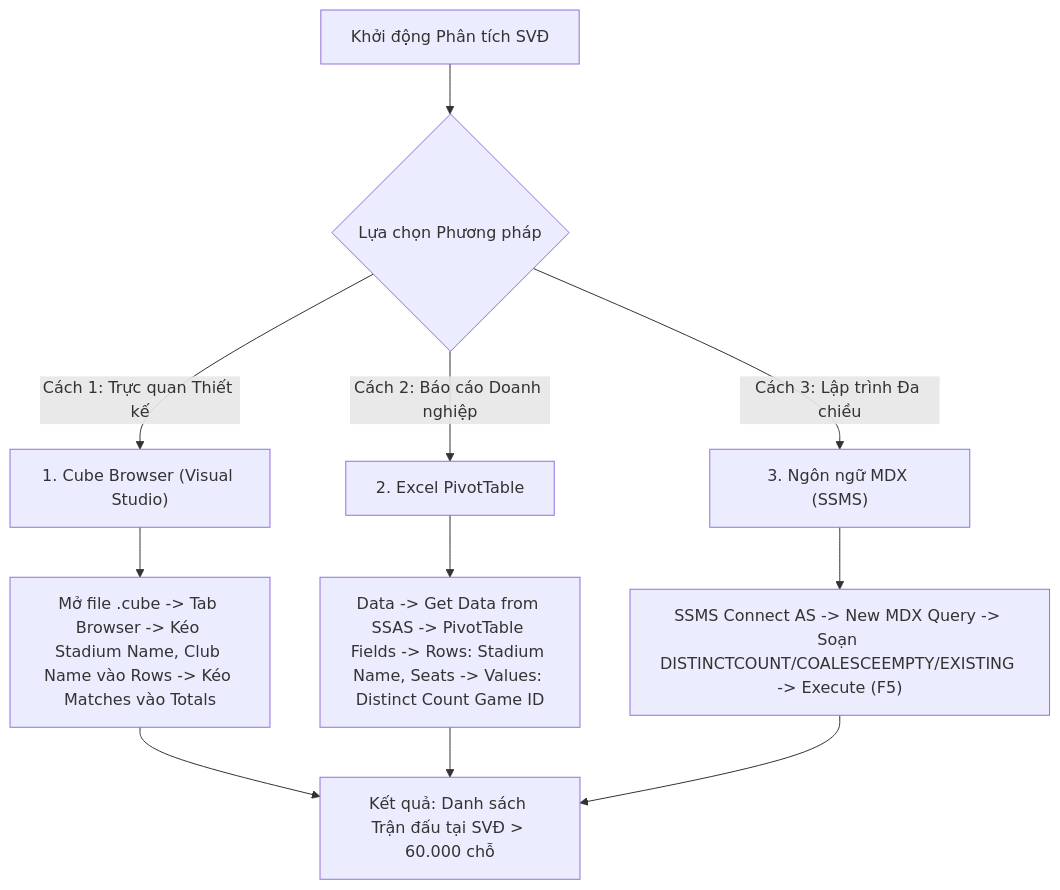
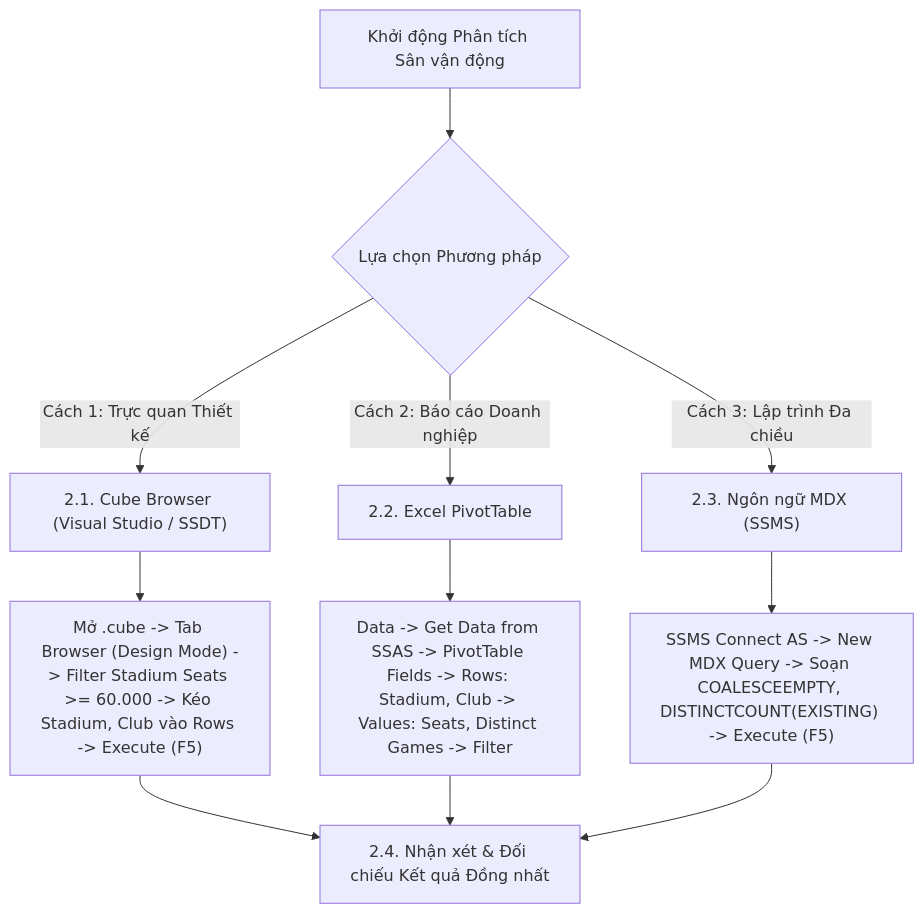
Before and after one commit to snowflake-vibing/Kho_du_lieu_OLAP: the diagram in mdx/query_11.md, drawn with Mermaid. The commit also changed other lines of this file and 9 other files, not shown here.

Commit message:
docs(mdx): dong bo quy trinh 3 phuong phap va bang doi chieu cho query 06 den 15

````diff
--- a/mdx/query_11.md
+++ b/mdx/query_11.md
@@ -35,16 +39,16 @@
 ```mermaid
 flowchart TD
-    Start["Khởi động Phân tích SVĐ"] --> Choice{"Lựa chọn Phương pháp"}
+    Start["Khởi động Phân tích Sân vận động"] --> Choice{"Lựa chọn Phương pháp"}
 
-    Choice -->|"Cách 1: Trực quan Thiết kế"| CB["1. Cube Browser (Visual Studio)"]
-    Choice -->|"Cách 2: Báo cáo Doanh nghiệp"| Excel["2. Excel PivotTable"]
-    Choice -->|"Cách 3: Lập trình Đa chiều"| MDX["3. Ngôn ngữ MDX (SSMS)"]
+    Choice -->|"Cách 1: Trực quan Thiết kế"| CB["2.1. Cube Browser (Visual Studio / SSDT)"]
+    Choice -->|"Cách 2: Báo cáo Doanh nghiệp"| Excel["2.2. Excel PivotTable"]
+    Choice -->|"Cách 3: Lập trình Đa chiều"| MDX["2.3. Ngôn ngữ MDX (SSMS)"]
 
-    CB --> CB_Step["Mở file .cube -> Tab Browser -> Kéo Stadium Name, Club Name vào Rows -> Kéo Matches vào Totals"]
-    Excel --> Excel_Step["Data -> Get Data from SSAS -> PivotTable Fields -> Rows: Stadium Name, Seats -> Values: Distinct Count Game ID"]
-    MDX --> MDX_Step["SSMS Connect AS -> New MDX Query -> Soạn DISTINCTCOUNT/COALESCEEMPTY/EXISTING -> Execute (F5)"]
+    CB --> CB_Step["Mở .cube -> Tab Browser (Design Mode) -> Filter Stadium Seats >= 60.000 -> Kéo Stadium, Club vào Rows -> Execute (F5)"]
+    Excel --> Excel_Step["Data -> Get Data from SSAS -> PivotTable Fields -> Rows: Stadium, Club -> Values: Seats, Distinct Games -> Filter"]
+    MDX --> MDX_Step["SSMS Connect AS -> New MDX Query -> Soạn COALESCEEMPTY, DISTINCTCOUNT(EXISTING) -> Execute (F5)"]
 
-    CB_Step --> Finish["Kết quả: Danh sách Trận đấu tại SVĐ > 60.000 chỗ"]
+    CB_Step --> Finish["2.4. Nhận xét & Đối chiếu Kết quả Đồng nhất"]
     Excel_Step --> Finish
     MDX_Step --> Finish
 ```
````
